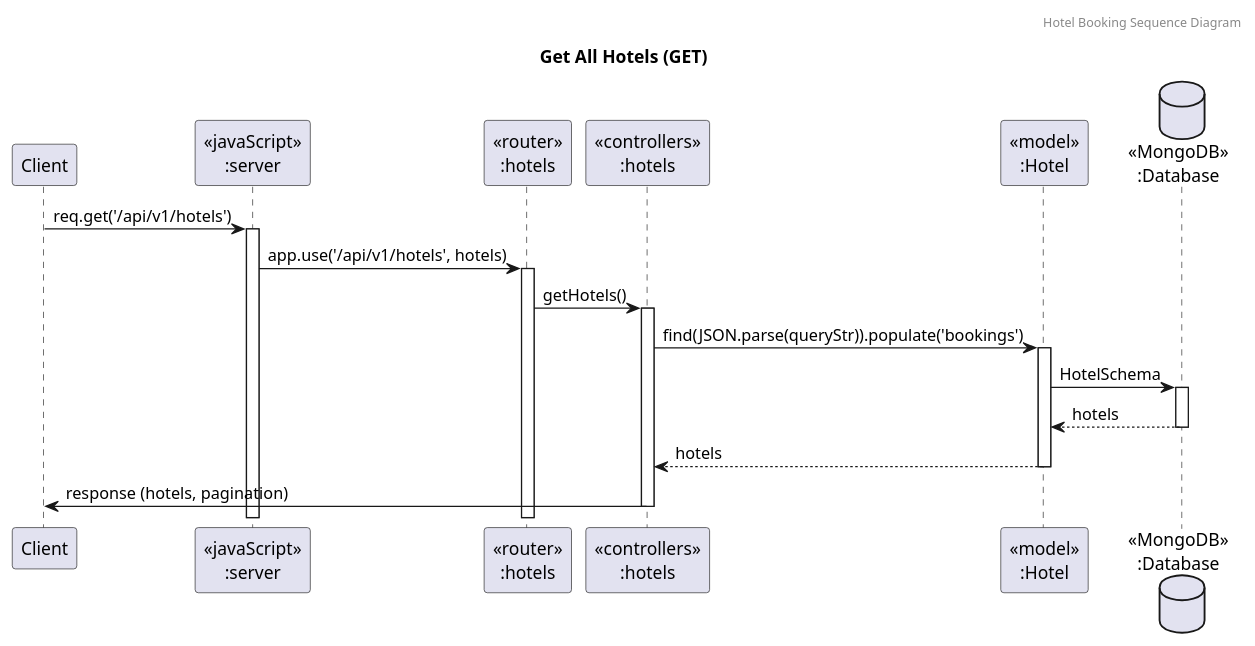
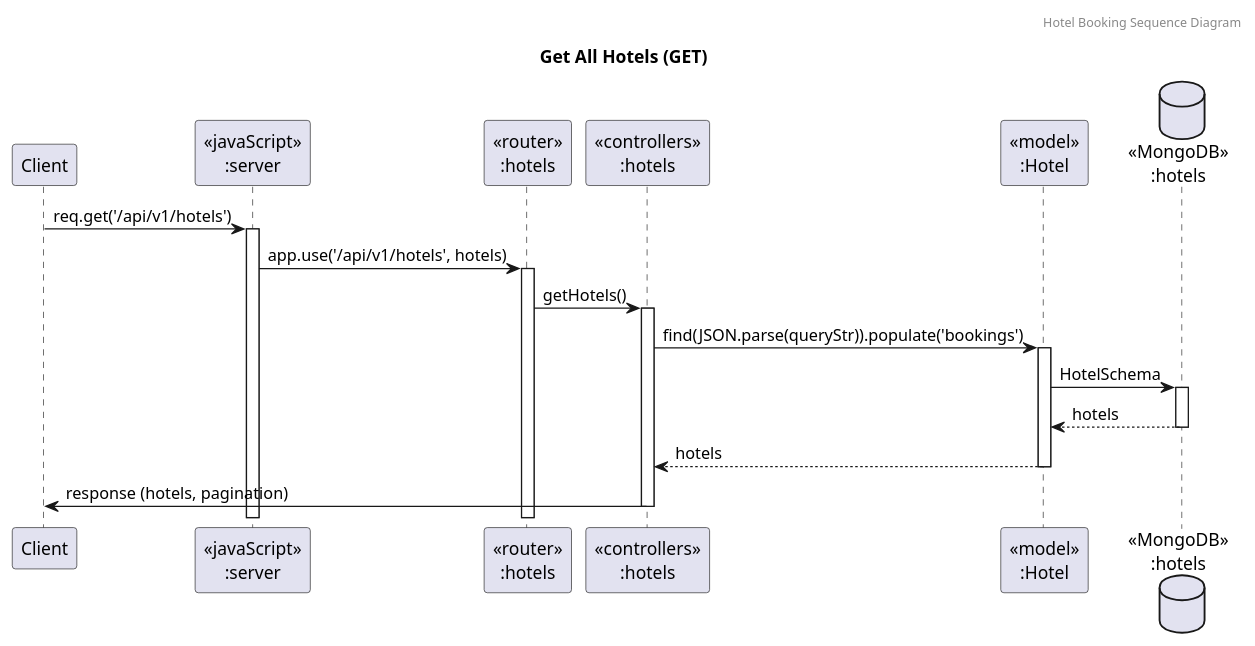
The diagram in UMLDocuments/Sequence/Hotel/Hotel (get)/GetAllHotels.puml (CaseCrescent/BackEnd-TestProject), drawn with PlantUML before and after one commit. The commit also changed 13 other files, not shown here.

```diff
--- a/UMLDocuments/Sequence/Hotel/Hotel (get)/GetAllHotels.puml
+++ b/UMLDocuments/Sequence/Hotel/Hotel (get)/GetAllHotels.puml
@@ -1,25 +1,25 @@
 @startuml Get All Hotels (GET)
 header Hotel Booking Sequence Diagram
 title "Get All Hotels (GET)"
 
 participant "Client" as client
 participant "<<javaScript>>\n:server" as server
 participant "<<router>>\n:hotels" as routerHotels
 participant "<<controllers>>\n:hotels" as controllersHotels
 participant "<<model>>\n:Hotel" as modelHotel
-database "<<MongoDB>>\n:Database" as Database
+database "<<MongoDB>>\n:hotels" as Database
 
 client->server ++:req.get('/api/v1/hotels')
 server->routerHotels ++:app.use('/api/v1/hotels', hotels)
 routerHotels -> controllersHotels ++:getHotels()
 
 ' Find Hotels with query
 controllersHotels->modelHotel ++:find(JSON.parse(queryStr)).populate('bookings')
 modelHotel ->Database ++: HotelSchema
 Database --> modelHotel --: hotels
 controllersHotels <-- modelHotel --:hotels
 
 ' Send Response
 controllersHotels->client --:response (hotels, pagination)
 
 @enduml
```
